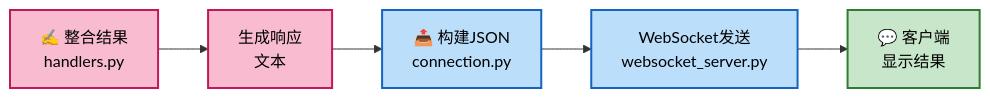
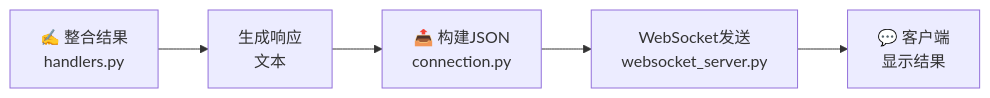
Before and after one commit to jihengzhang/xiaozhi-esp32-server: diagram 17 of 41 in 设计说明.md, drawn with Mermaid. The commit also changed other lines of this file and 37 other files, not shown here.

````diff
--- a/设计说明.md
+++ b/设计说明.md
@@ -1862,16 +2507,11 @@
 ```mermaid
 graph LR
     F1["✍️ 整合结果<br/>handlers.py"]
     F2["生成响应<br/>文本"]
     G1["📤 构建JSON<br/>connection.py"]
     G2["WebSocket发送<br/>websocket_server.py"]
     H1["💬 客户端<br/>显示结果"]
     
     F1 --> F2 --> G1 --> G2 --> H1
     
-    style F1 fill:#f8bbd0,stroke:#c2185b,stroke-width:2px,color:#000000
-    style F2 fill:#f8bbd0,stroke:#c2185b,stroke-width:2px,color:#000000
-    style G1 fill:#bbdefb,stroke:#1565c0,stroke-width:2px,color:#000000
-    style G2 fill:#bbdefb,stroke:#1565c0,stroke-width:2px,color:#000000
-    style H1 fill:#c8e6c9,stroke:#2e7d32,stroke-width:2px,color:#000000
 ```
````
